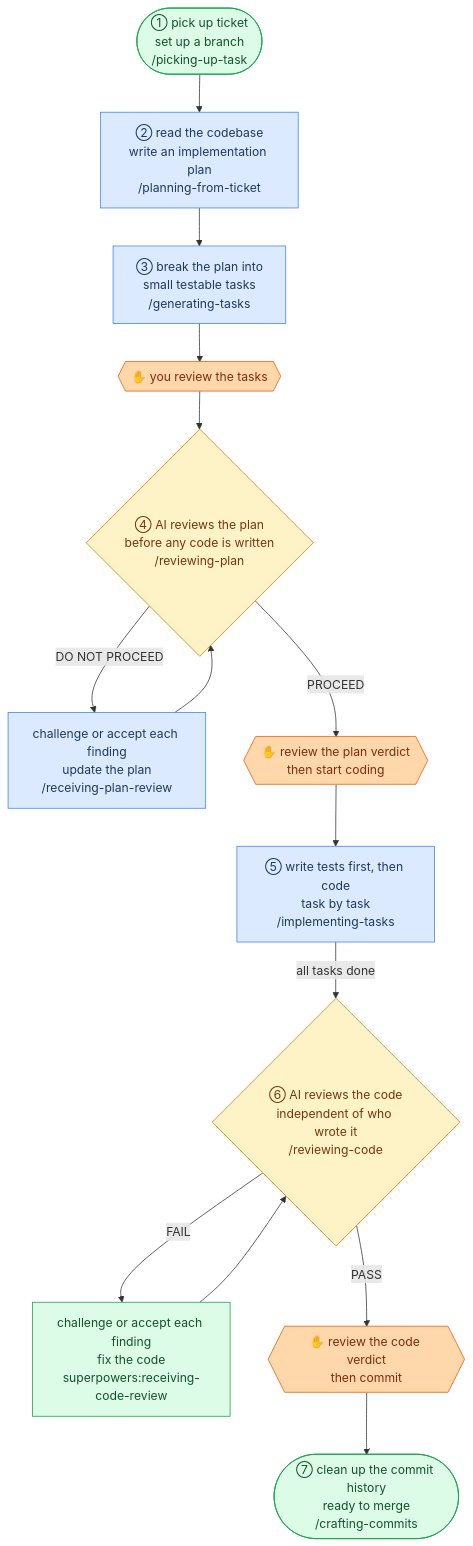
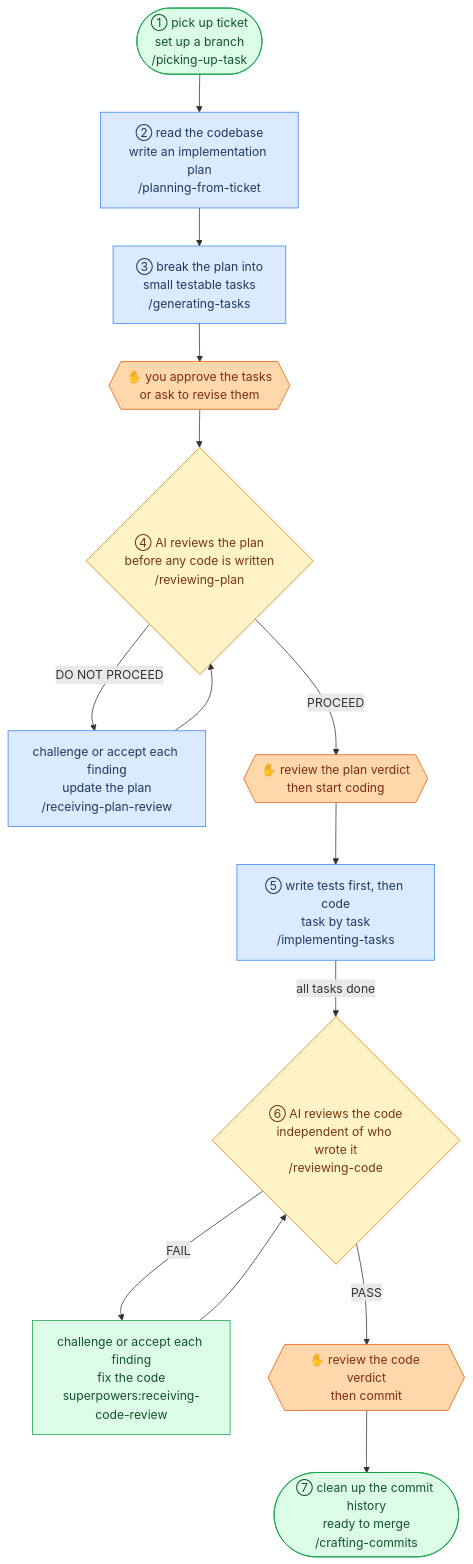
Before and after one commit to mhihasan/agentic-sdlc: the diagram in docs/superpowers/specs/2026-06-17-readme-update-design.md, drawn with Mermaid.

Commit message:
docs(spec): clarify HG1 gate — approve or revise tasks

````diff
--- a/docs/superpowers/specs/2026-06-17-readme-update-design.md
+++ b/docs/superpowers/specs/2026-06-17-readme-update-design.md
@@ -85,32 +85,32 @@
 ```mermaid
 flowchart TD
     classDef pipe fill:#dbeafe,stroke:#3b82f6,color:#1e3a5f
     classDef judge fill:#fef3c7,stroke:#d97706,color:#78350f
     classDef sp fill:#dcfce7,stroke:#16a34a,color:#14532d
     classDef gate fill:#fed7aa,stroke:#ea580c,color:#7c2d12
 
     ST(["① pick up ticket\nset up a branch\n/picking-up-task"]):::sp
     PFT["② read the codebase\nwrite an implementation plan\n/planning-from-ticket"]:::pipe
     GT["③ break the plan into\nsmall testable tasks\n/generating-tasks"]:::pipe
-    HG1{{"✋ you review the tasks"}}:::gate
+    HG1{{"✋ you approve the tasks\nor ask to revise them"}}:::gate
     RP{"④ AI reviews the plan\nbefore any code is written\n/reviewing-plan"}:::judge
     RPR["challenge or accept each finding\nupdate the plan\n/receiving-plan-review"]:::pipe
     HG2{{"✋ review the plan verdict\nthen start coding"}}:::gate
     IT["⑤ write tests first, then code\ntask by task\n/implementing-tasks"]:::pipe
     RC{"⑥ AI reviews the code\nindependent of who wrote it\n/reviewing-code"}:::judge
     RCR["challenge or accept each finding\nfix the code\nsuperpowers:receiving-code-review"]:::sp
     HG3{{"✋ review the code verdict\nthen commit"}}:::gate
     CC(["⑦ clean up the commit history\nready to merge\n/crafting-commits"]):::sp
 
     ST --> PFT --> GT --> HG1 --> RP
     RP -->|PROCEED| HG2
     RP -->|DO NOT PROCEED| RPR
     RPR --> RP
     HG2 --> IT
     IT -->|all tasks done| RC
     RC -->|PASS| HG3
     RC -->|FAIL| RCR
     RCR --> RC
     HG3 --> CC
 
 ```
````
